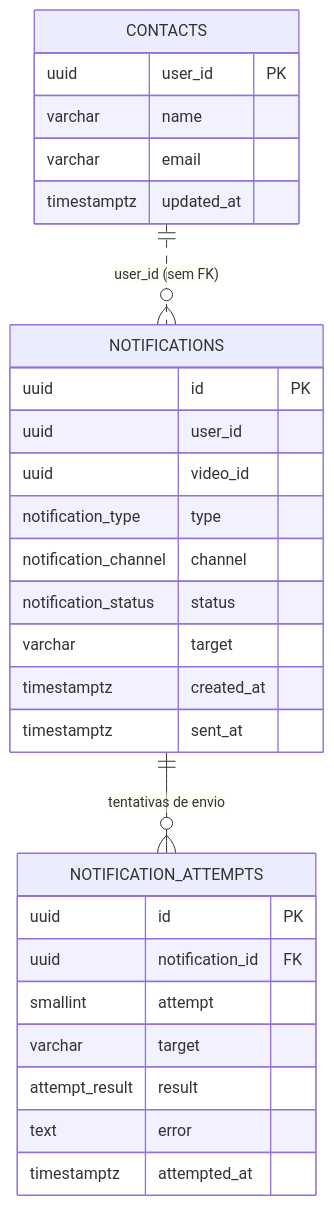
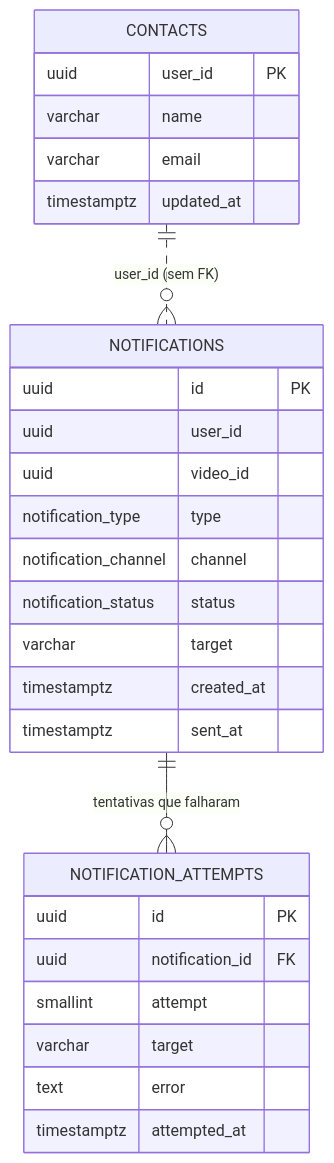
One commit to knzt/zipframes changed the third of 3 diagrams in docs/data/modelagem-de-dados.md. Above: the diagram before and after it, drawn with Mermaid. The commit also changed other lines of this file, not shown here.

Commit message:
docs: record only failed notification attempts

````diff
--- a/docs/data/modelagem-de-dados.md
+++ b/docs/data/modelagem-de-dados.md
@@ -264,31 +264,30 @@
 ```mermaid
 erDiagram
   CONTACTS {
     uuid user_id PK
     varchar name
     varchar email
     timestamptz updated_at
   }
   NOTIFICATIONS {
     uuid id PK
     uuid user_id
     uuid video_id
     notification_type type
     notification_channel channel
     notification_status status
     varchar target
     timestamptz created_at
     timestamptz sent_at
   }
   NOTIFICATION_ATTEMPTS {
     uuid id PK
     uuid notification_id FK
     smallint attempt
     varchar target
-    attempt_result result
     text error
     timestamptz attempted_at
   }
   CONTACTS ||..o{ NOTIFICATIONS : "user_id (sem FK)"
-  NOTIFICATIONS ||--o{ NOTIFICATION_ATTEMPTS : "tentativas de envio"
+  NOTIFICATIONS ||--o{ NOTIFICATION_ATTEMPTS : "tentativas que falharam"
 ```
````
